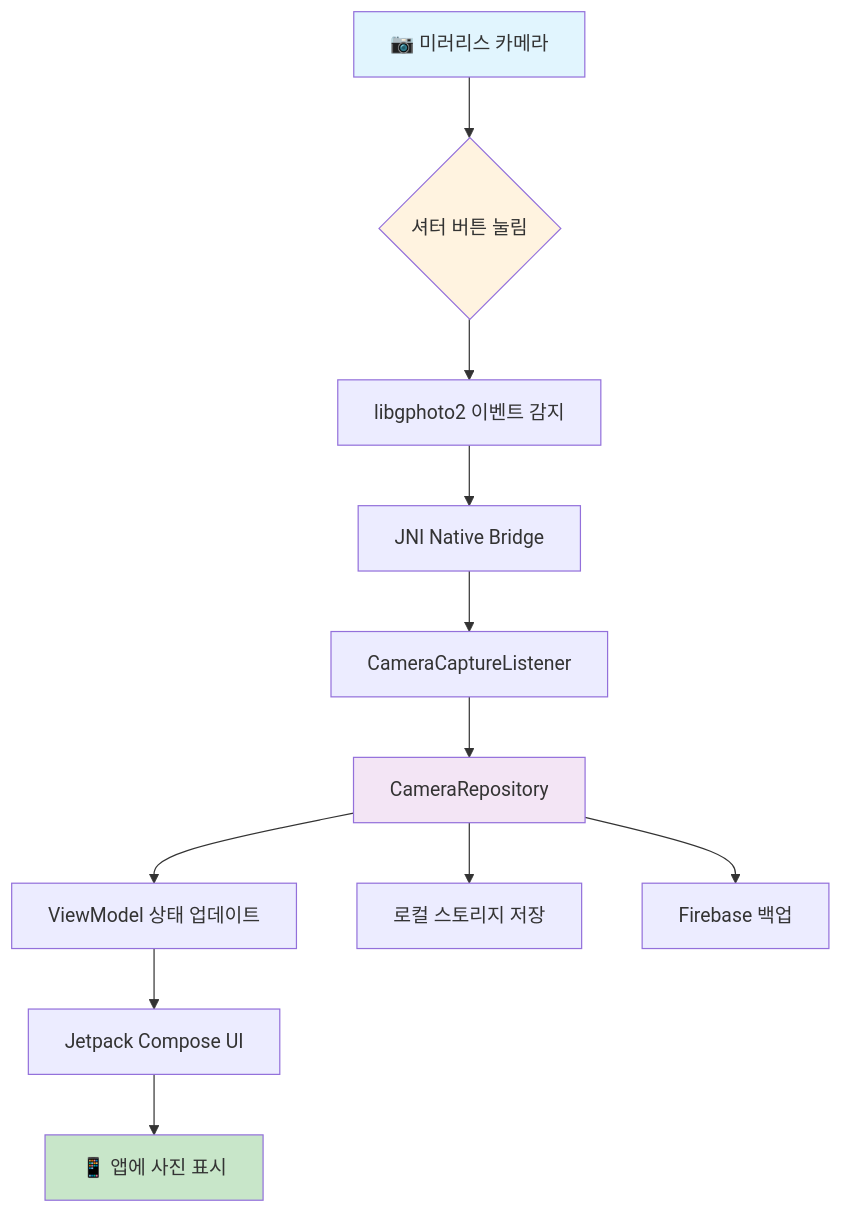
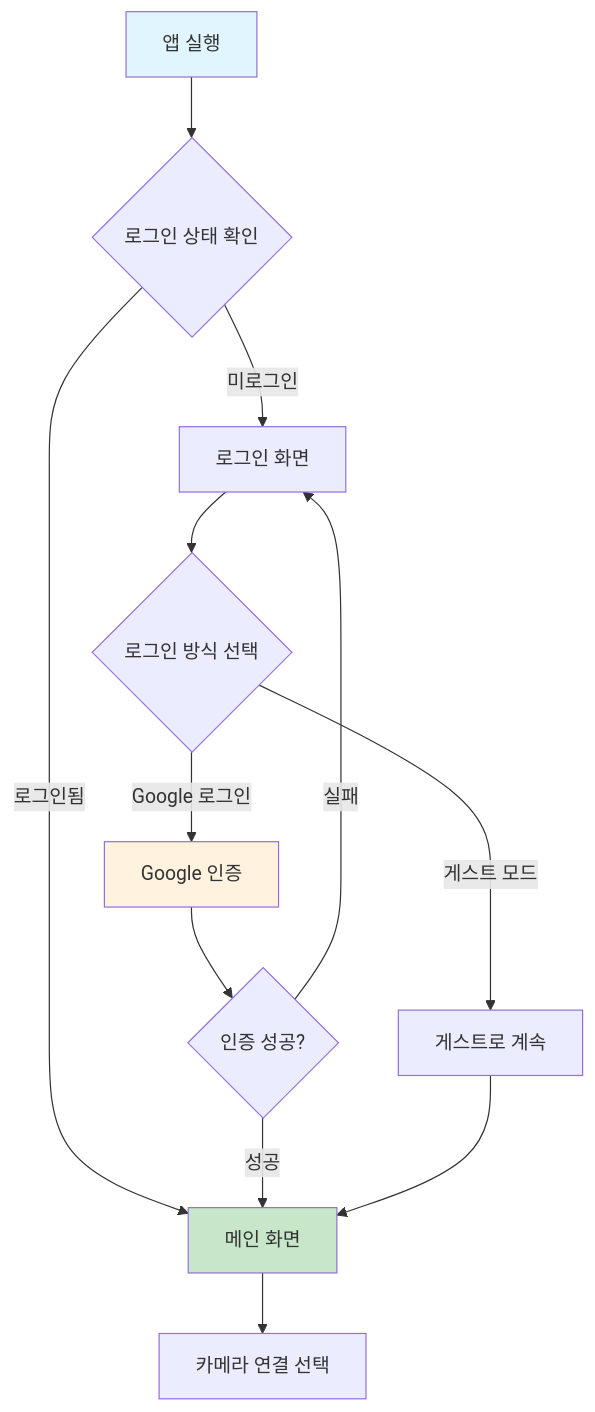
One commit to INI-K/CamCon_Pub changed the second of 6 diagrams in README.md. Above: the diagram before and after it, drawn with Mermaid. The commit also changed other lines of this file and 9 other files, not shown here.

````diff
--- a/README.md
+++ b/README.md
@@ -410,19 +208,21 @@
 ```mermaid
 flowchart TD
-    A[📷 미러리스 카메라] --> B{셔터 버튼 눌림}
-    B --> C[libgphoto2 이벤트 감지]
-    C --> D[JNI Native Bridge]
-    D --> E[CameraCaptureListener]
-    E --> F[CameraRepository]
-    F --> G[ViewModel 상태 업데이트]
-    G --> H[Jetpack Compose UI]
-    H --> I[📱 앱에 사진 표시]
+    A[앱 실행] --> B{로그인 상태 확인}
+    B -->|로그인됨| C[메인 화면]
+    B -->|미로그인| D[로그인 화면]
     
-    F --> J[로컬 스토리지 저장]
-    F --> K[Firebase 백업]
+    D --> E{로그인 방식 선택}
+    E -->|Google 로그인| F[Google 인증]
+    E -->|게스트 모드| G[게스트로 계속]
+    
+    F --> H{인증 성공?}
+    H -->|성공| C
+    H -->|실패| D
+    
+    G --> C
+    C --> I[카메라 연결 선택]
     
     style A fill:#e1f5fe
-    style I fill:#c8e6c9
-    style B fill:#fff3e0
-    style F fill:#f3e5f5
+    style C fill:#c8e6c9
+    style F fill:#fff3e0
 ```
````
